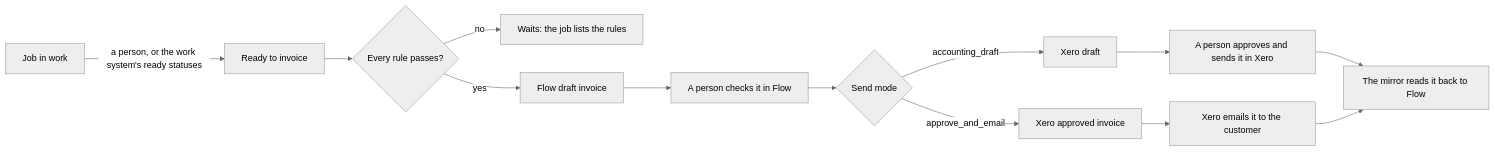
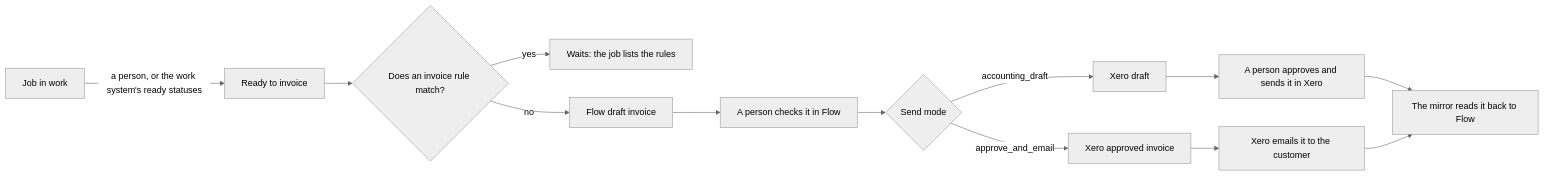
One commit to arcforgelabs/flow changed the diagram in docs/INVOICING_RULES.md. Above: the diagram before and after it, drawn with Mermaid (neutral theme). The commit also changed other lines of this file and 17 other files, not shown here.

First line of the commit message:
Add invoice rules a lab builds (When, If, Then)

````diff
--- a/docs/INVOICING_RULES.md
+++ b/docs/INVOICING_RULES.md
@@ -14,15 +14,15 @@
 ```mermaid
 flowchart LR
   work[Job in work] -- a person, or the work system's ready statuses --> job[Ready to invoice]
-  job --> rules{Every rule passes?}
-  rules -- no --> wait[Waits: the job lists the rules]
-  rules -- yes --> draft[Flow draft invoice]
+  job --> rules{Does an invoice rule match?}
+  rules -- yes --> wait[Waits: the job lists the rules]
+  rules -- no --> draft[Flow draft invoice]
   draft --> check[A person checks it in Flow]
   check --> mode{Send mode}
   mode -- accounting_draft --> xdraft[Xero draft]
   xdraft --> xapprove[A person approves and sends it in Xero]
   mode -- approve_and_email --> xauth[Xero approved invoice]
   xauth --> xemail[Xero emails it to the customer]
   xapprove --> back[The mirror reads it back to Flow]
   xemail --> back
 ```
````
